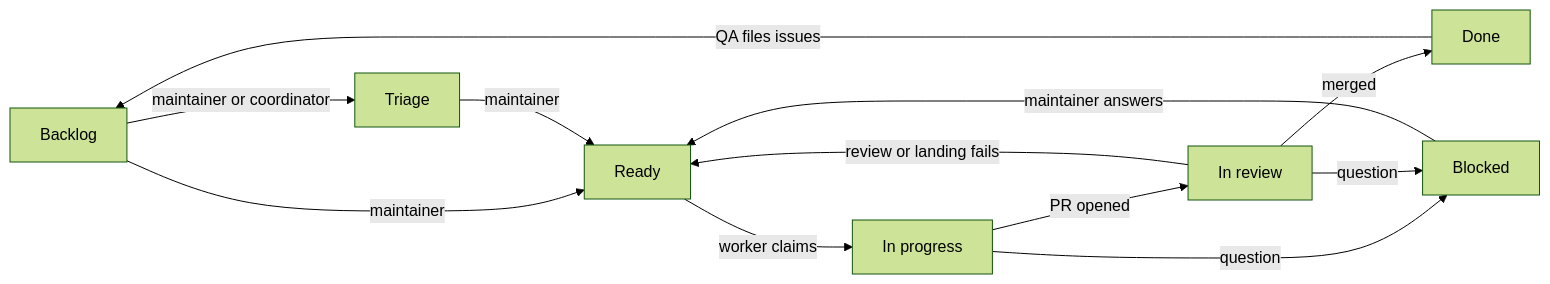
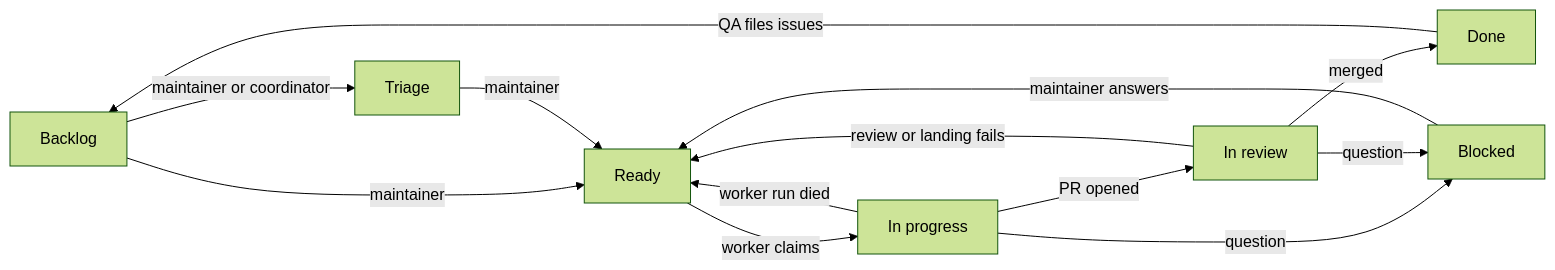
Before and after one commit to tvararu/tuicraft: the diagram in docs/factory.md, drawn with Mermaid (forest theme). The commit also changed other lines of this file and 6 other files, not shown here.

First line of the commit message:
chore: Recover cards whose factory run died

````diff
--- a/docs/factory.md
+++ b/docs/factory.md
@@ -12,14 +12,15 @@
 ```mermaid
 flowchart LR
   B[Backlog] -->|maintainer| R[Ready]
   B -->|maintainer or coordinator| T[Triage]
   T -->|maintainer| R
   R -->|worker claims| P[In progress]
+  P -->|worker run died| R
   P -->|PR opened| V[In review]
   V -->|review or landing fails| R
   V -->|merged| D[Done]
   P -->|question| K[Blocked]
   V -->|question| K
   K -->|maintainer answers| R
   D -->|QA files issues| B
 ```
````
